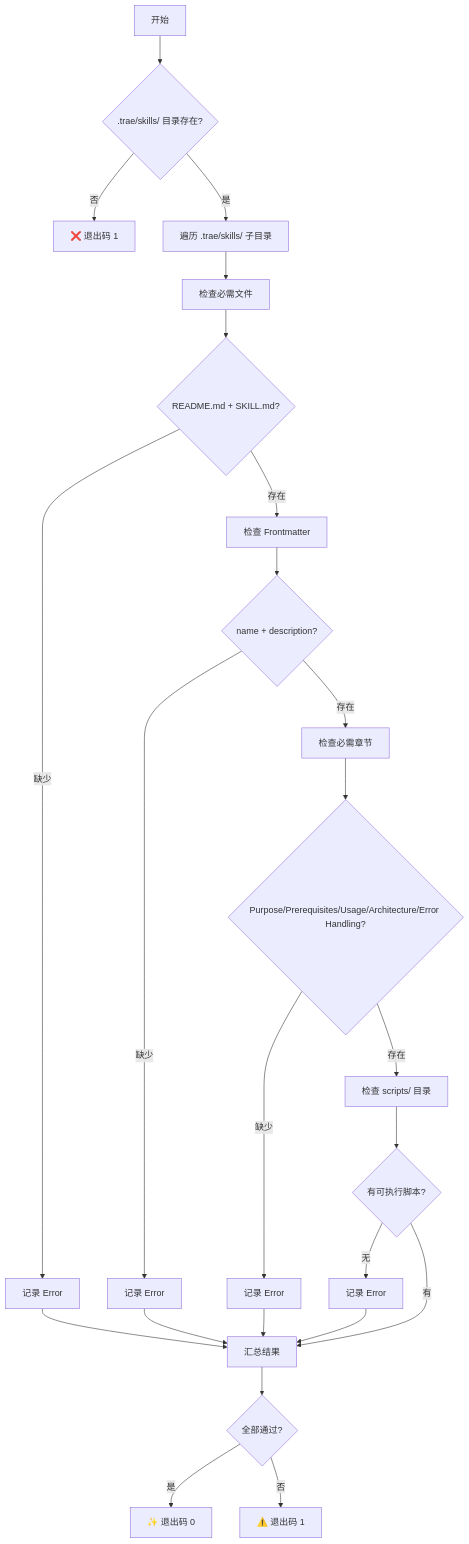
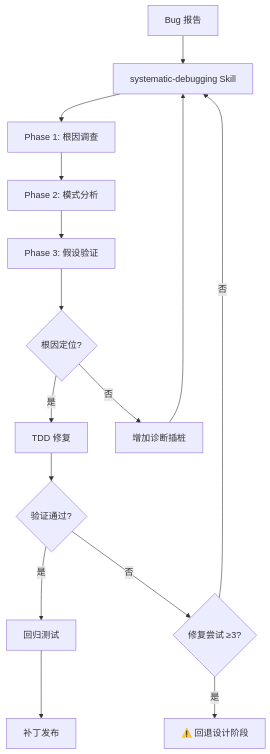
Before and after one commit to yecllsl/trae-agent-skills: the third of 5 diagrams in CODE_WIKI.md, drawn with Mermaid. The commit also changed other lines of this file and 28 other files, not shown here.

````diff
--- a/CODE_WIKI.md
+++ b/CODE_WIKI.md
@@ -604,32 +386,17 @@
 ```mermaid
-flowchart TD
-    A[开始] --> B{.trae/skills/ 目录存在?}
-    B -->|否| C[❌ 退出码 1]
-    B -->|是| D[遍历 .trae/skills/ 子目录]
-    
-    D --> E[检查必需文件]
-    E --> F{README.md + SKILL.md?}
-    F -->|缺少| G[记录 Error]
-    
-    F -->|存在| H[检查 Frontmatter]
-    H --> I{name + description?}
-    I -->|缺少| J[记录 Error]
-    
-    I -->|存在| K[检查必需章节]
-    K --> L{Purpose/Prerequisites/Usage/Architecture/Error Handling?}
-    L -->|缺少| M[记录 Error]
-    
-    L -->|存在| N[检查 scripts/ 目录]
-    N --> O{有可执行脚本?}
-    O -->|无| P[记录 Error]
-    
-    G --> Q
-    J --> Q
-    M --> Q
-    P --> Q
-    O -->|有| Q[汇总结果]
-    
-    Q --> R{全部通过?}
-    R -->|是| S[✨ 退出码 0]
-    R -->|否| T[⚠️ 退出码 1]
+flowchart TB
+    BUG[Bug 报告] --> SD[systematic-debugging Skill]
+    SD --> P1[Phase 1: 根因调查]
+    P1 --> P2[Phase 2: 模式分析]
+    P2 --> P3[Phase 3: 假设验证]
+    P3 --> ROOT{根因定位?}
+    ROOT -->|是| FIX[TDD 修复]
+    ROOT -->|否| EVIDENCE[增加诊断插桩]
+    EVIDENCE --> SD
+    FIX --> VERIFY{验证通过?}
+    VERIFY -->|是| REGRESS[回归测试]
+    VERIFY -->|否| COUNT{修复尝试 ≥3?}
+    COUNT -->|否| SD
+    COUNT -->|是| ESC[⚠️ 回退设计阶段]
+    REGRESS --> RELEASE[补丁发布]
 ```
````
